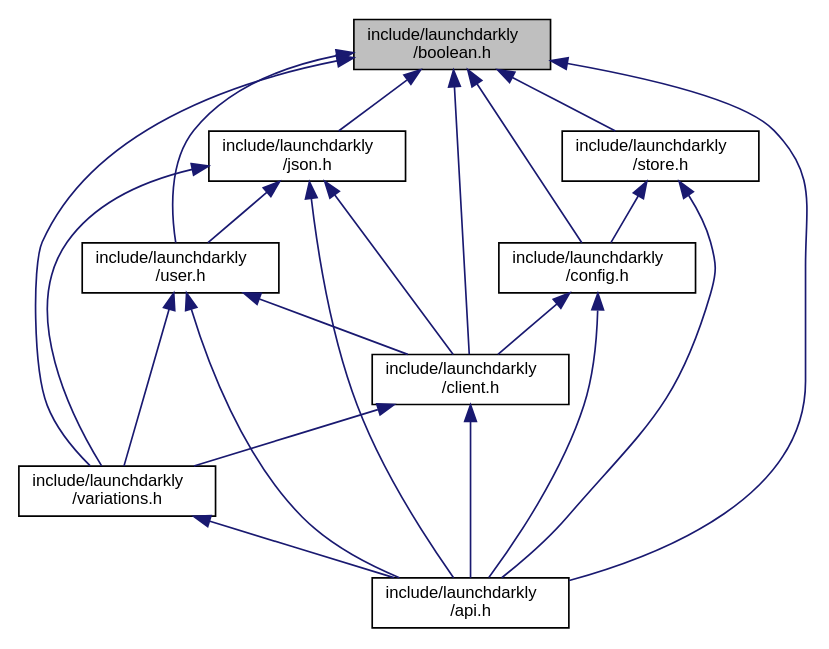
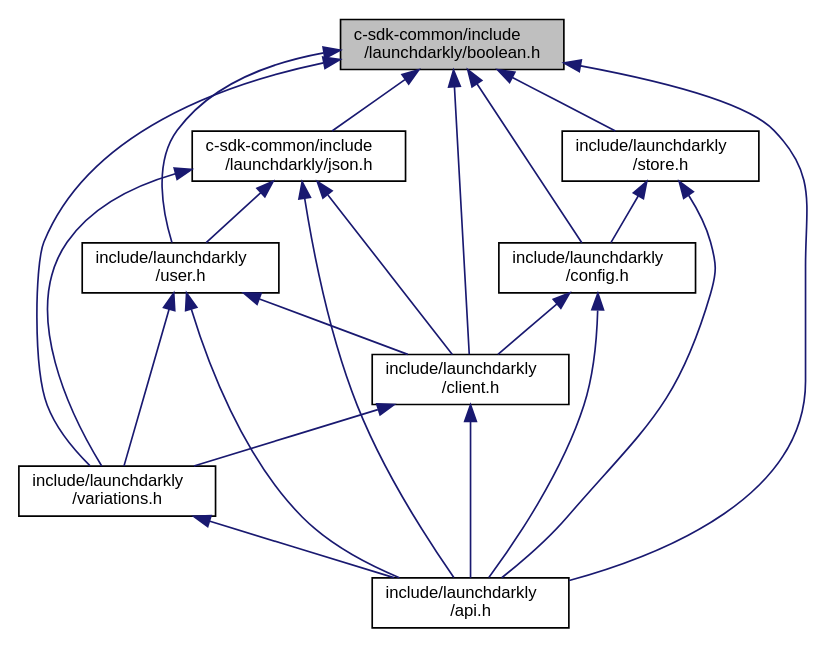
One commit to launchdarkly/c-server-sdk changed the diagram in boolean_8h__dep__incl.dot. Above: the diagram before and after it, drawn with Graphviz. The commit also changed 43 other files, not shown here.

```diff
--- a/boolean_8h__dep__incl.dot
+++ b/boolean_8h__dep__incl.dot
@@ -1,34 +1,34 @@
-digraph "include/launchdarkly/boolean.h"
+digraph "c-sdk-common/include/launchdarkly/boolean.h"
 {
   edge [fontname="Helvetica",fontsize="10",labelfontname="Helvetica",labelfontsize="10"];
   node [fontname="Helvetica",fontsize="10",shape=record];
-  Node1 [label="include/launchdarkly\l/boolean.h",height=0.2,width=0.4,color="black", fillcolor="grey75", style="filled", fontcolor="black"];
+  Node1 [label="c-sdk-common/include\l/launchdarkly/boolean.h",height=0.2,width=0.4,color="black", fillcolor="grey75", style="filled", fontcolor="black"];
   Node1 -> Node2 [dir="back",color="midnightblue",fontsize="10",style="solid",fontname="Helvetica"];
-  Node2 [label="include/launchdarkly\l/json.h",height=0.2,width=0.4,color="black", fillcolor="white", style="filled",URL="$json_8h.html",tooltip="Public API Interface for JSON usage. "];
+  Node2 [label="c-sdk-common/include\l/launchdarkly/json.h",height=0.2,width=0.4,color="black", fillcolor="white", style="filled",URL="$json_8h.html",tooltip="Public API Interface for JSON usage. "];
   Node2 -> Node3 [dir="back",color="midnightblue",fontsize="10",style="solid",fontname="Helvetica"];
   Node3 [label="include/launchdarkly\l/api.h",height=0.2,width=0.4,color="black", fillcolor="white", style="filled",URL="$api_8h.html",tooltip="Public API. Include this for every public operation. "];
   Node2 -> Node4 [dir="back",color="midnightblue",fontsize="10",style="solid",fontname="Helvetica"];
   Node4 [label="include/launchdarkly\l/user.h",height=0.2,width=0.4,color="black", fillcolor="white", style="filled",URL="$user_8h.html",tooltip="Public API Interface for User construction. "];
   Node4 -> Node3 [dir="back",color="midnightblue",fontsize="10",style="solid",fontname="Helvetica"];
   Node4 -> Node5 [dir="back",color="midnightblue",fontsize="10",style="solid",fontname="Helvetica"];
   Node5 [label="include/launchdarkly\l/client.h",height=0.2,width=0.4,color="black", fillcolor="white", style="filled",URL="$client_8h.html",tooltip="Public API Interface for Client operations. "];
   Node5 -> Node3 [dir="back",color="midnightblue",fontsize="10",style="solid",fontname="Helvetica"];
   Node5 -> Node6 [dir="back",color="midnightblue",fontsize="10",style="solid",fontname="Helvetica"];
   Node6 [label="include/launchdarkly\l/variations.h",height=0.2,width=0.4,color="black", fillcolor="white", style="filled",URL="$variations_8h.html",tooltip="Public API Interface for evaluation variations. "];
   Node6 -> Node3 [dir="back",color="midnightblue",fontsize="10",style="solid",fontname="Helvetica"];
   Node4 -> Node6 [dir="back",color="midnightblue",fontsize="10",style="solid",fontname="Helvetica"];
   Node2 -> Node5 [dir="back",color="midnightblue",fontsize="10",style="solid",fontname="Helvetica"];
   Node2 -> Node6 [dir="back",color="midnightblue",fontsize="10",style="solid",fontname="Helvetica"];
   Node1 -> Node7 [dir="back",color="midnightblue",fontsize="10",style="solid",fontname="Helvetica"];
   Node7 [label="include/launchdarkly\l/store.h",height=0.2,width=0.4,color="black", fillcolor="white", style="filled",URL="$store_8h.html",tooltip="Public API Interface for Store implementatons. "];
   Node7 -> Node8 [dir="back",color="midnightblue",fontsize="10",style="solid",fontname="Helvetica"];
   Node8 [label="include/launchdarkly\l/config.h",height=0.2,width=0.4,color="black", fillcolor="white", style="filled",URL="$config_8h.html",tooltip="Public API Interface for Configuration. "];
   Node8 -> Node3 [dir="back",color="midnightblue",fontsize="10",style="solid",fontname="Helvetica"];
   Node8 -> Node5 [dir="back",color="midnightblue",fontsize="10",style="solid",fontname="Helvetica"];
   Node7 -> Node3 [dir="back",color="midnightblue",fontsize="10",style="solid",fontname="Helvetica"];
   Node1 -> Node8 [dir="back",color="midnightblue",fontsize="10",style="solid",fontname="Helvetica"];
   Node1 -> Node4 [dir="back",color="midnightblue",fontsize="10",style="solid",fontname="Helvetica"];
   Node1 -> Node5 [dir="back",color="midnightblue",fontsize="10",style="solid",fontname="Helvetica"];
   Node1 -> Node6 [dir="back",color="midnightblue",fontsize="10",style="solid",fontname="Helvetica"];
   Node1 -> Node3 [dir="back",color="midnightblue",fontsize="10",style="solid",fontname="Helvetica"];
 }
```
